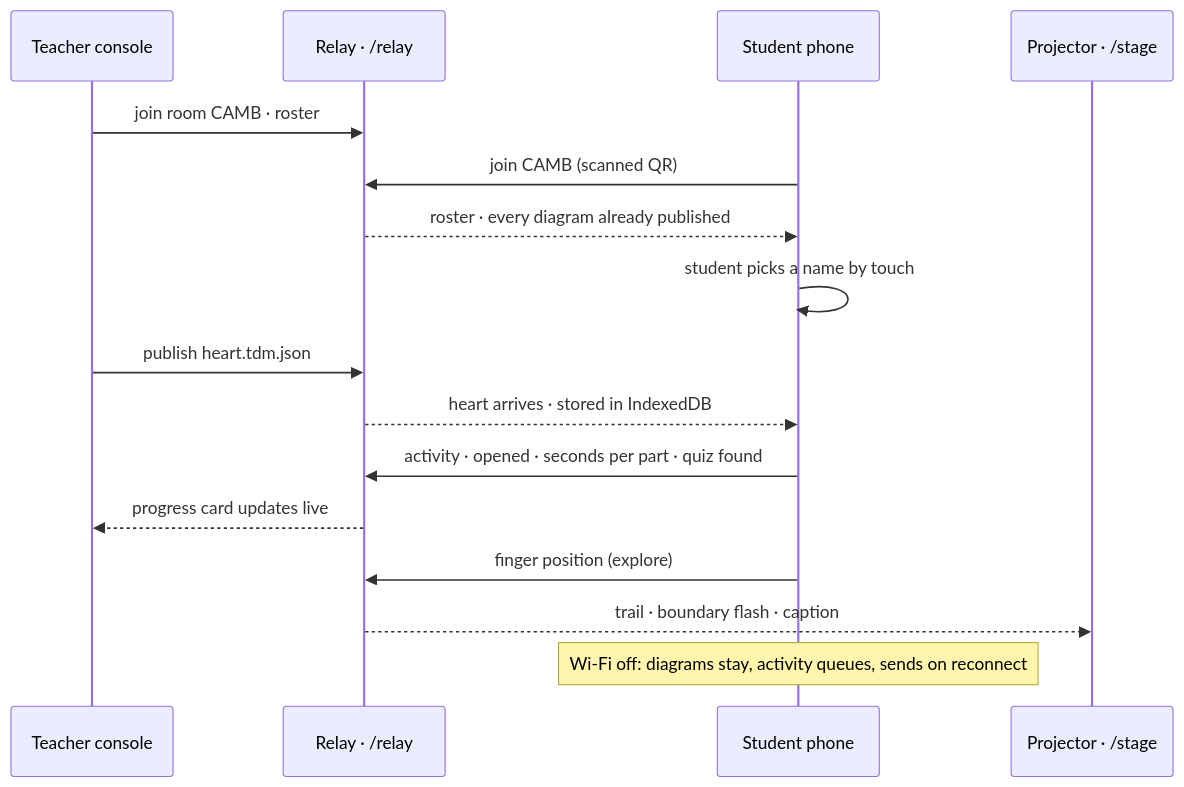
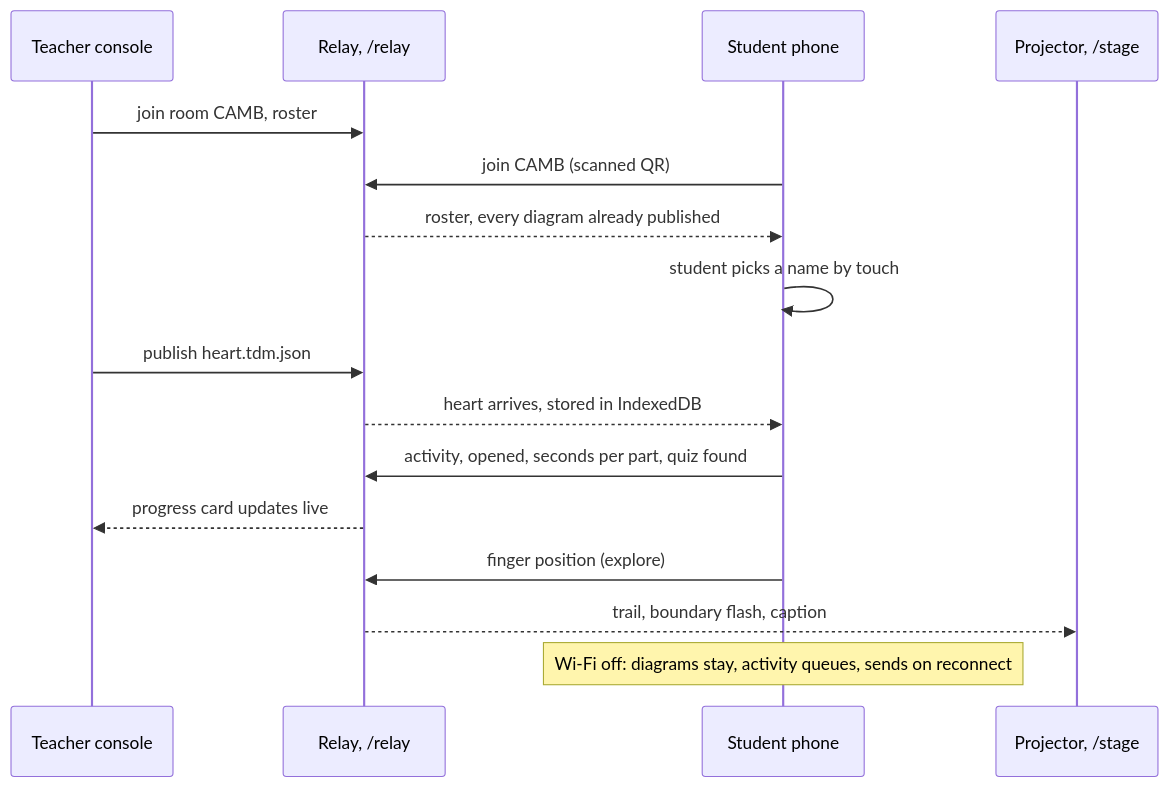
Before and after one commit to uttampreet-dev/TouchSight: the second of 2 diagrams in README.md, drawn with Mermaid. The commit also changed other lines of this file, not shown here.

Commit message:
README opening and architecture diagram

````diff
--- a/README.md
+++ b/README.md
@@ -164,19 +158,19 @@
 ```mermaid
 sequenceDiagram
     participant T as Teacher console
-    participant R as Relay · /relay
+    participant R as Relay, /relay
     participant S as Student phone
-    participant J as Projector · /stage
+    participant J as Projector, /stage
 
-    T->>R: join room CAMB · roster
+    T->>R: join room CAMB, roster
     S->>R: join CAMB (scanned QR)
-    R-->>S: roster · every diagram already published
+    R-->>S: roster, every diagram already published
     S->>S: student picks a name by touch
     T->>R: publish heart.tdm.json
-    R-->>S: heart arrives · stored in IndexedDB
-    S->>R: activity · opened · seconds per part · quiz found
+    R-->>S: heart arrives, stored in IndexedDB
+    S->>R: activity, opened, seconds per part, quiz found
     R-->>T: progress card updates live
     S->>R: finger position (explore)
-    R-->>J: trail · boundary flash · caption
+    R-->>J: trail, boundary flash, caption
     Note over S: Wi-Fi off: diagrams stay, activity queues, sends on reconnect
 ```
````
